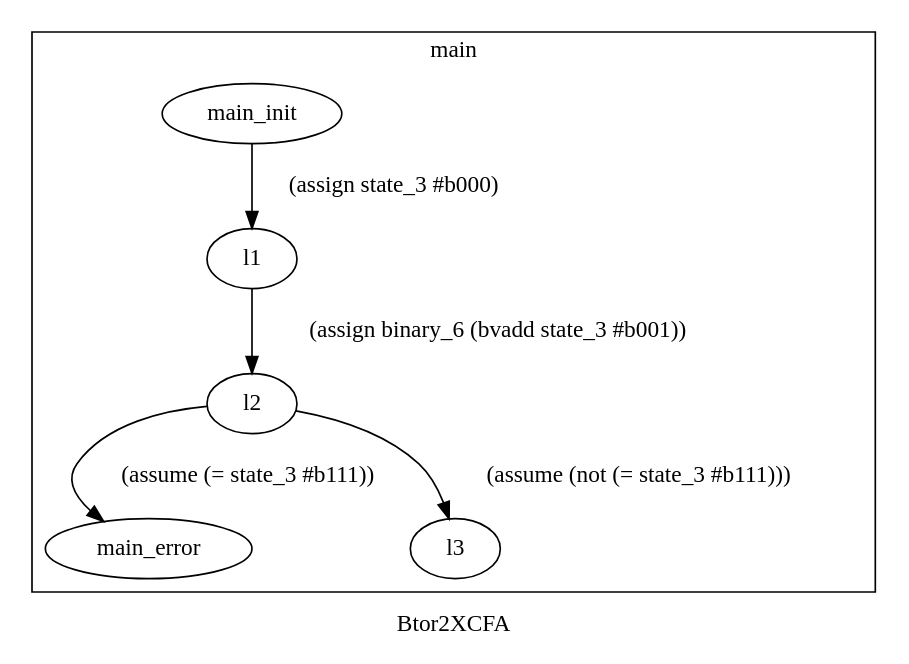
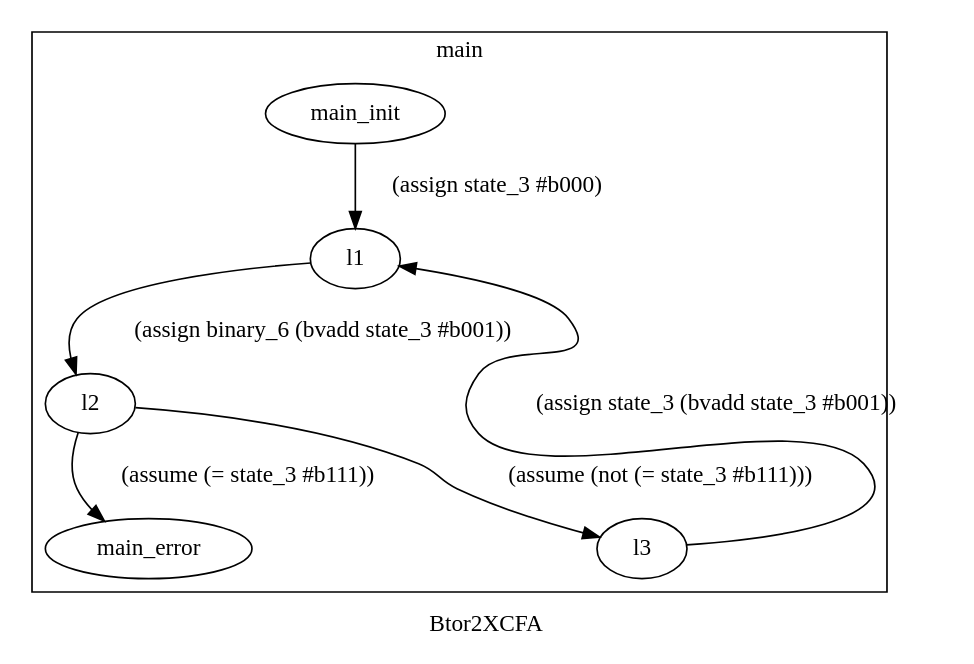
Before and after one commit to szaboeva2004/Kotlin-NHF: the diagram in output.dot, drawn with Graphviz. The commit also changed 5 other files, not shown here.

```diff
--- a/output.dot
+++ b/output.dot
@@ -1,16 +1,17 @@
 digraph G {
 label="Btor2XCFA";
 subgraph cluster_0 {
 label="main";
 main_init[];
 l1[];
 l2[];
 main_error[];
 l3[];
 main_init -> l1 [label="(assign state_3 #b000) "];
 l1 -> l2 [label="(assign binary_6 (bvadd state_3 #b001)) "];
 l2 -> main_error [label="(assume (= state_3 #b111)) "];
 l2 -> l3 [label="(assume (not (= state_3 #b111))) "];
+l3 -> l1 [label="(assign state_3 (bvadd state_3 #b001)) "];
 
 }
 }
```
